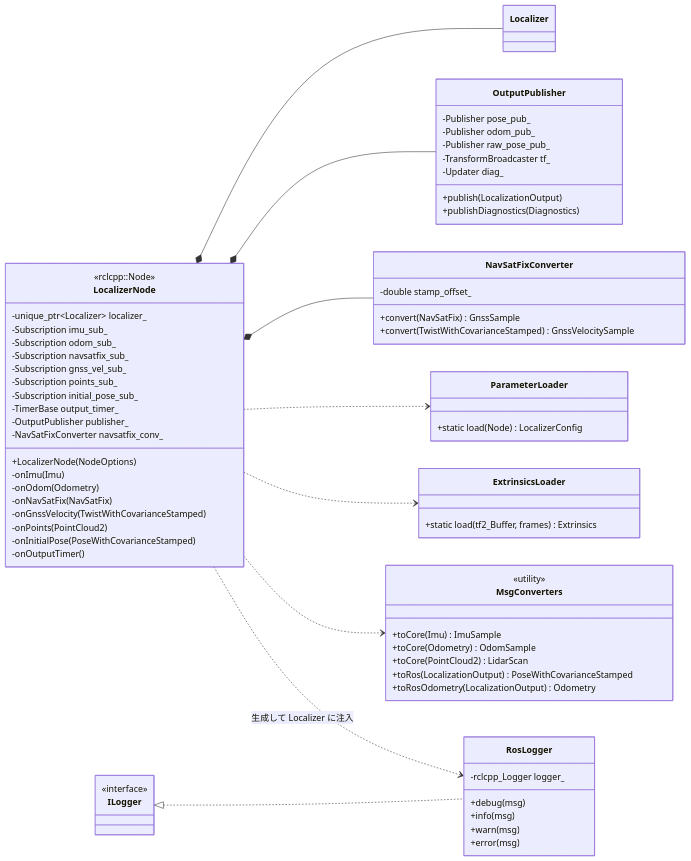
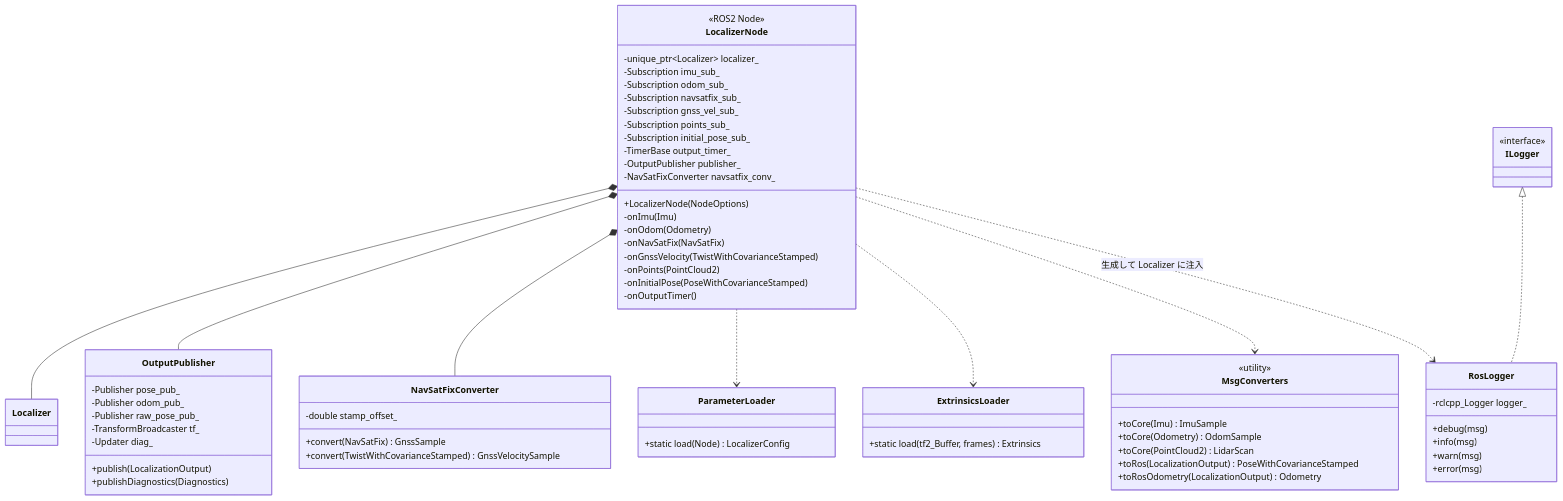
Before and after one commit to mamoru1126/gnss_and_lidar_localization: diagram 11 of 14 in docs/architecture.md, drawn with Mermaid. The commit also changed other lines of this file and 2 other files, not shown here.

First line of the commit message:
docs: GitHub 上での数式・Mermaid 図の表示崩れを修正

````diff
--- a/docs/architecture.md
+++ b/docs/architecture.md
@@ -768,74 +761,73 @@
 ```mermaid
 classDiagram
-  direction LR
 
   class LocalizerNode {
-    <<rclcpp::Node>>
+    <<ROS2 Node>>
     -unique_ptr~Localizer~ localizer_
     -Subscription imu_sub_
     -Subscription odom_sub_
     -Subscription navsatfix_sub_
     -Subscription gnss_vel_sub_
     -Subscription points_sub_
     -Subscription initial_pose_sub_
     -TimerBase output_timer_
     -OutputPublisher publisher_
     -NavSatFixConverter navsatfix_conv_
     +LocalizerNode(NodeOptions)
     -onImu(Imu)
     -onOdom(Odometry)
     -onNavSatFix(NavSatFix)
     -onGnssVelocity(TwistWithCovarianceStamped)
     -onPoints(PointCloud2)
     -onInitialPose(PoseWithCovarianceStamped)
     -onOutputTimer()
   }
   class ParameterLoader {
     +static load(Node) LocalizerConfig
   }
   class ExtrinsicsLoader {
     +static load(tf2_Buffer, frames) Extrinsics
   }
   class RosLogger {
     -rclcpp_Logger logger_
     +debug(msg)
     +info(msg)
     +warn(msg)
     +error(msg)
   }
   class NavSatFixConverter {
     -double stamp_offset_
     +convert(NavSatFix) GnssSample
     +convert(TwistWithCovarianceStamped) GnssVelocitySample
   }
   class MsgConverters {
     <<utility>>
     +toCore(Imu) ImuSample
     +toCore(Odometry) OdomSample
     +toCore(PointCloud2) LidarScan
     +toRos(LocalizationOutput) PoseWithCovarianceStamped
     +toRosOdometry(LocalizationOutput) Odometry
   }
   class OutputPublisher {
     -Publisher pose_pub_
     -Publisher odom_pub_
     -Publisher raw_pose_pub_
     -TransformBroadcaster tf_
     -Updater diag_
     +publish(LocalizationOutput)
     +publishDiagnostics(Diagnostics)
   }
   class ILogger {
     <<interface>>
   }
   class Localizer
 
   LocalizerNode *-- Localizer
   LocalizerNode *-- OutputPublisher
   LocalizerNode *-- NavSatFixConverter
   LocalizerNode ..> ParameterLoader
   LocalizerNode ..> ExtrinsicsLoader
   LocalizerNode ..> MsgConverters
   ILogger <|.. RosLogger
   LocalizerNode ..> RosLogger : 生成して Localizer に注入
 ```
````
